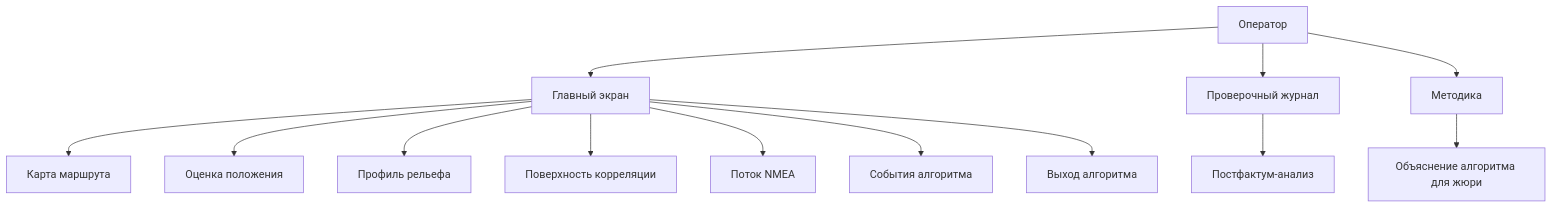
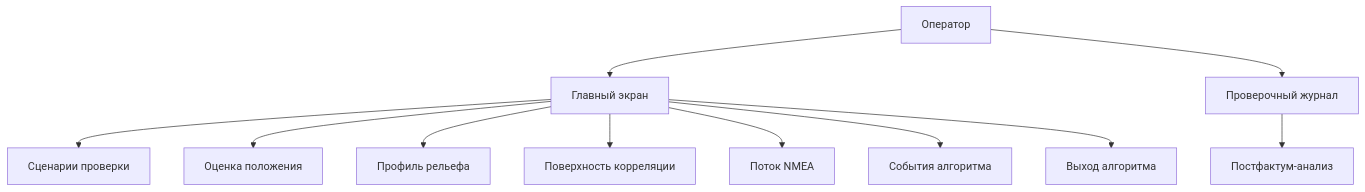
Before and after one commit to rub1kub/where-are-we-barista: the second of 3 diagrams in README.md, drawn with Mermaid. The commit also changed other lines of this file and 4 other files, not shown here.

````diff
--- a/README.md
+++ b/README.md
@@ -67,15 +67,13 @@
 ```mermaid
 flowchart TB
     A["Оператор"] --> B["Главный экран"]
-    B --> C["Карта маршрута"]
+    B --> C["Сценарии проверки"]
     B --> D["Оценка положения"]
     B --> E["Профиль рельефа"]
     B --> F["Поверхность корреляции"]
     B --> G["Поток NMEA"]
     B --> H["События алгоритма"]
     B --> I["Выход алгоритма"]
     A --> J["Проверочный журнал"]
     J --> K["Постфактум-анализ"]
-    A --> L["Методика"]
-    L --> M["Объяснение алгоритма для жюри"]
 ```
````
